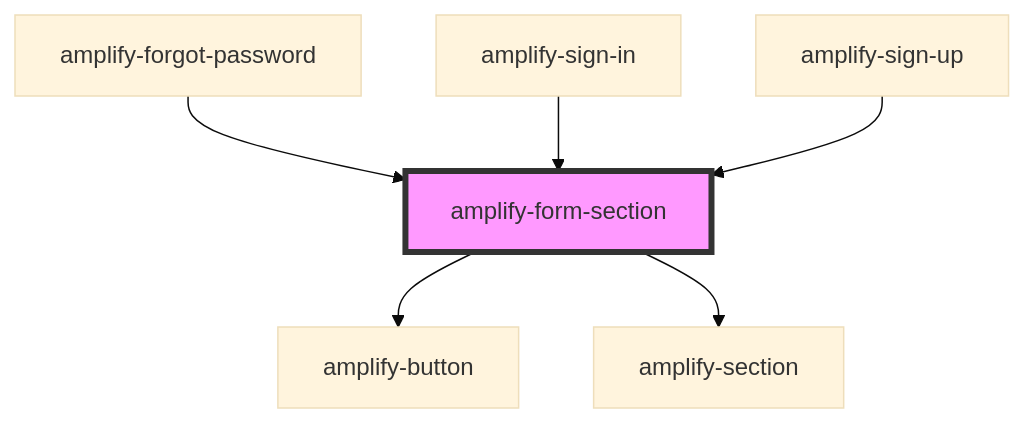
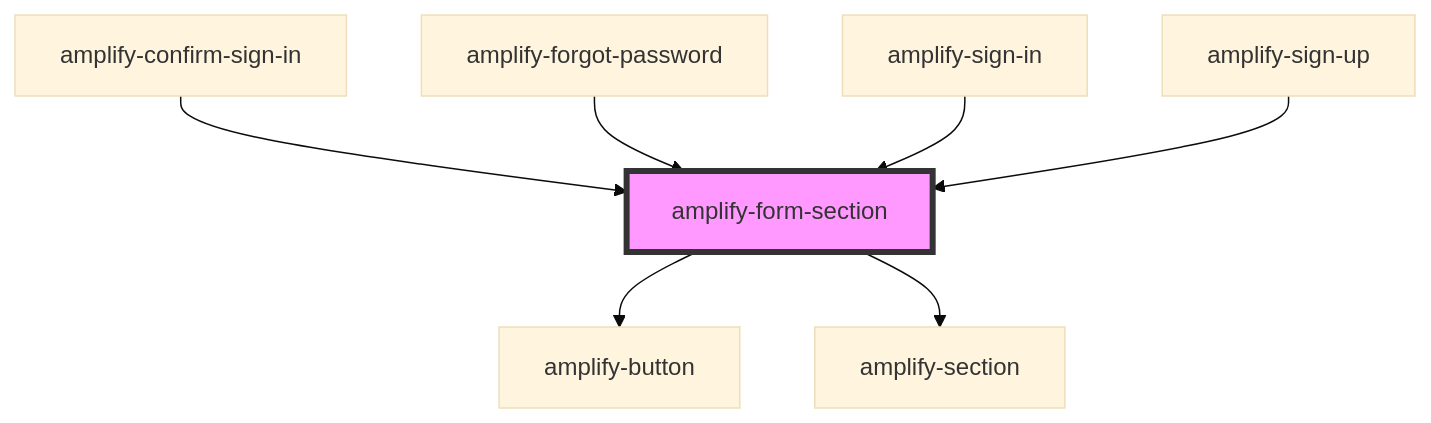
One commit to aws-amplify/amplify-js changed the diagram in packages/amplify-ui-components/src/components/amplify-form-section/readme.md. Above: the diagram before and after it, drawn with Mermaid (base theme). The commit also changed other lines of this file and 15 other files, not shown here.

Commit message:
feat: amplify-confirm-sign-in component

````diff
--- a/packages/amplify-ui-components/src/components/amplify-form-section/readme.md
+++ b/packages/amplify-ui-components/src/components/amplify-form-section/readme.md
@@ -34,9 +35,10 @@
 ```mermaid
 graph TD;
   amplify-form-section --> amplify-button
   amplify-form-section --> amplify-section
+  amplify-confirm-sign-in --> amplify-form-section
   amplify-forgot-password --> amplify-form-section
   amplify-sign-in --> amplify-form-section
   amplify-sign-up --> amplify-form-section
   style amplify-form-section fill:#f9f,stroke:#333,stroke-width:4px
 ```
````
